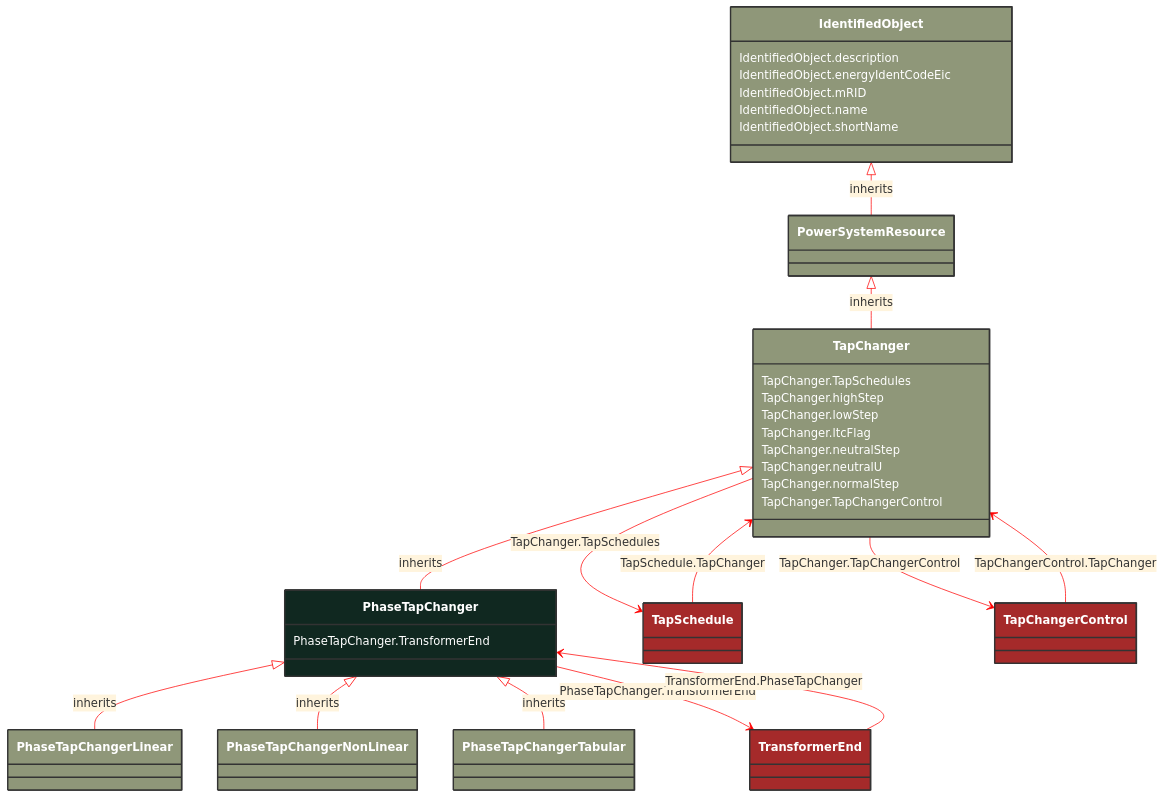
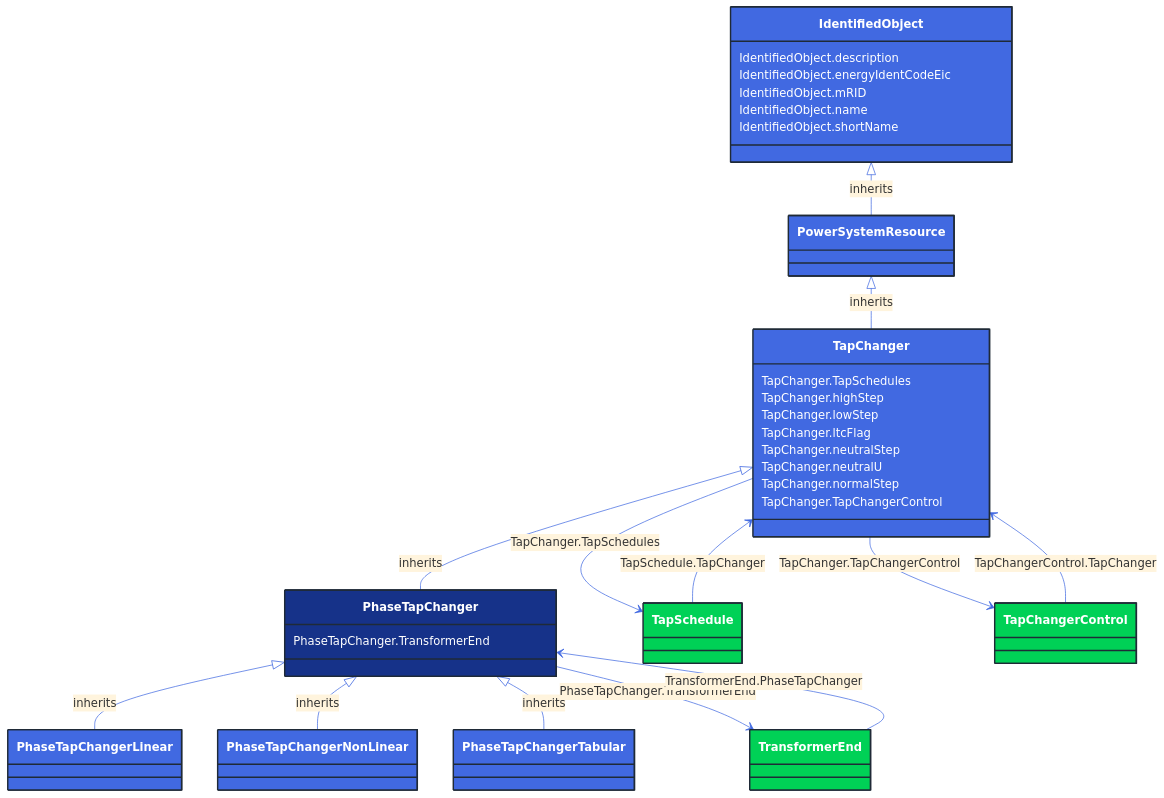
One commit to 3lbits/NoCIMExtensions changed the diagram in docs/Models/Profiles/CoreEquipment/AbstractClasses/PhaseTapChanger.md. Above: the diagram before and after it, drawn with Mermaid. The commit also changed 362 other files, not shown here.

First line of the commit message:
Update diagrams and styles for improved visual consistency

````diff
--- a/docs/Models/Profiles/CoreEquipment/AbstractClasses/PhaseTapChanger.md
+++ b/docs/Models/Profiles/CoreEquipment/AbstractClasses/PhaseTapChanger.md
@@ -10,73 +10,73 @@
 ```mermaid
-%%{init: {'theme':'base','themeVariables': {'lineColor': '#FF0000'}}}%%
+%%{init: {'theme':'base','themeVariables': {'lineColor': '#4169E1'}}}%%
 classDiagram
     class PhaseTapChanger
     click PhaseTapChanger href "/Models/Profiles/CoreEquipment/AbstractClasses/PhaseTapChanger/"
-    style PhaseTapChanger fill:#102820,stroke:#333,stroke-width:2px,rx:10,ry:10,color:white
+    style PhaseTapChanger fill:#163289,stroke:#1F2A37,stroke-width:2px,rx:10,ry:10,color:white
 
         PhaseTapChanger <|-- PhaseTapChangerLinear : inherits
 
         PhaseTapChangerLinear
             click PhaseTapChangerLinear href "/Models/Profiles/CoreEquipment/ConcreteClasses/PhaseTapChangerLinear/"
-            style PhaseTapChangerLinear fill:#8F9779,stroke:#333,stroke-width:2px,rx:10,ry:10,color:white
+            style PhaseTapChangerLinear fill:#4169E1,stroke:#1F2A37,stroke-width:2px,rx:10,ry:10,color:white
 
         PhaseTapChanger <|-- PhaseTapChangerNonLinear : inherits
 
         PhaseTapChangerNonLinear
             click PhaseTapChangerNonLinear href "/Models/Profiles/CoreEquipment/AbstractClasses/PhaseTapChangerNonLinear/"
-            style PhaseTapChangerNonLinear fill:#8F9779,stroke:#333,stroke-width:2px,rx:10,ry:10,color:white
+            style PhaseTapChangerNonLinear fill:#4169E1,stroke:#1F2A37,stroke-width:2px,rx:10,ry:10,color:white
 
         PhaseTapChanger <|-- PhaseTapChangerTabular : inherits
 
         PhaseTapChangerTabular
             click PhaseTapChangerTabular href "/Models/Profiles/CoreEquipment/ConcreteClasses/PhaseTapChangerTabular/"
-            style PhaseTapChangerTabular fill:#8F9779,stroke:#333,stroke-width:2px,rx:10,ry:10,color:white
+            style PhaseTapChangerTabular fill:#4169E1,stroke:#1F2A37,stroke-width:2px,rx:10,ry:10,color:white
      
         TapChanger <|-- PhaseTapChanger : inherits
             click TapChanger href "/Models/Profiles/CoreEquipment/AbstractClasses/TapChanger/"
-            style TapChanger fill:#8F9779,stroke:#333,stroke-width:2px,rx:10,ry:10,color:white
+            style TapChanger fill:#4169E1,stroke:#1F2A37,stroke-width:2px,rx:10,ry:10,color:white
      
         PowerSystemResource <|-- TapChanger : inherits
             click PowerSystemResource href "/Models/Profiles/CoreEquipment/AbstractClasses/PowerSystemResource/"
-            style PowerSystemResource fill:#8F9779,stroke:#333,stroke-width:2px,rx:10,ry:10,color:white
+            style PowerSystemResource fill:#4169E1,stroke:#1F2A37,stroke-width:2px,rx:10,ry:10,color:white
      
         IdentifiedObject <|-- PowerSystemResource : inherits
             click IdentifiedObject href "/Models/Profiles/CoreEquipment/AbstractClasses/IdentifiedObject/"
-            style IdentifiedObject fill:#8F9779,stroke:#333,stroke-width:2px,rx:10,ry:10,color:white
+            style IdentifiedObject fill:#4169E1,stroke:#1F2A37,stroke-width:2px,rx:10,ry:10,color:white
 
         PhaseTapChanger --> TransformerEnd : PhaseTapChanger.TransformerEnd
 
         TransformerEnd
             click TransformerEnd href "/Models/Profiles/CoreEquipment/AbstractClasses/TransformerEnd/"
-            style TransformerEnd fill:#A52A2A,stroke:#333,stroke-width:2px,rx:10,ry:10,color:white
+            style TransformerEnd fill:#00D156,stroke:#1F2A37,stroke-width:2px,rx:10,ry:10,color:white
         TapChanger --> TapSchedule : TapChanger.TapSchedules
 
         TapSchedule
             click TapSchedule href "/Models/Profiles/CoreEquipment/AbstractClasses/TapSchedule/"
-            style TapSchedule fill:#A52A2A,stroke:#333,stroke-width:2px,rx:10,ry:10,color:white
+            style TapSchedule fill:#00D156,stroke:#1F2A37,stroke-width:2px,rx:10,ry:10,color:white
         TapChanger --> TapChangerControl : TapChanger.TapChangerControl
 
         TapChangerControl
             click TapChangerControl href "/Models/Profiles/CoreEquipment/ConcreteClasses/TapChangerControl/"
-            style TapChangerControl fill:#A52A2A,stroke:#333,stroke-width:2px,rx:10,ry:10,color:white
+            style TapChangerControl fill:#00D156,stroke:#1F2A37,stroke-width:2px,rx:10,ry:10,color:white
 
         TapSchedule --> TapChanger : TapSchedule.TapChanger
 
         TapSchedule
             click TapSchedule href "/Models/Profiles/CoreEquipment/AbstractClasses/TapSchedule/"
-            style TapSchedule fill:#A52A2A,stroke:#333,stroke-width:2px,rx:10,ry:10,color:white
+            style TapSchedule fill:#00D156,stroke:#1F2A37,stroke-width:2px,rx:10,ry:10,color:white
 
         TapChangerControl --> TapChanger : TapChangerControl.TapChanger
 
         TapChangerControl
             click TapChangerControl href "/Models/Profiles/CoreEquipment/ConcreteClasses/TapChangerControl/"
-            style TapChangerControl fill:#A52A2A,stroke:#333,stroke-width:2px,rx:10,ry:10,color:white
+            style TapChangerControl fill:#00D156,stroke:#1F2A37,stroke-width:2px,rx:10,ry:10,color:white
 
         TransformerEnd --> PhaseTapChanger : TransformerEnd.PhaseTapChanger
 
         TransformerEnd
             click TransformerEnd href "/Models/Profiles/CoreEquipment/AbstractClasses/TransformerEnd/"
-            style TransformerEnd fill:#A52A2A,stroke:#333,stroke-width:2px,rx:10,ry:10,color:white
+            style TransformerEnd fill:#00D156,stroke:#1F2A37,stroke-width:2px,rx:10,ry:10,color:white
 
 
         PhaseTapChanger : PhaseTapChanger.TransformerEnd
````
